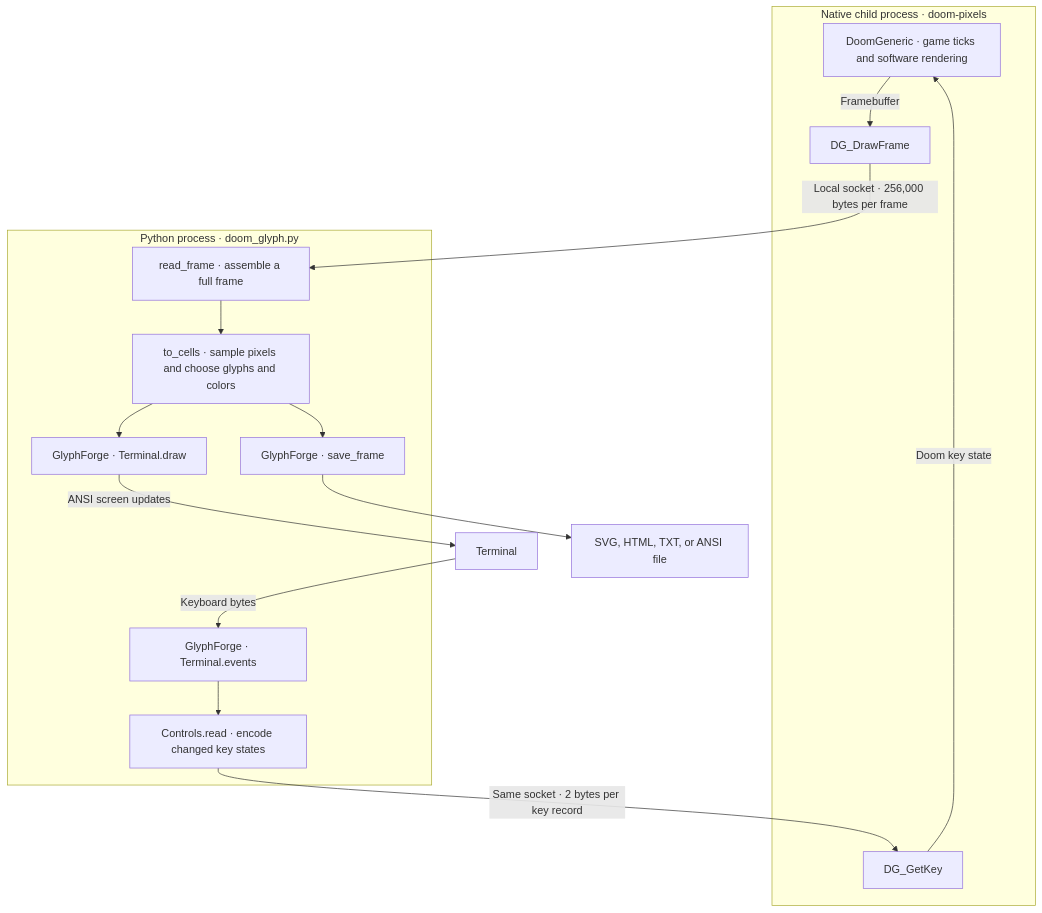
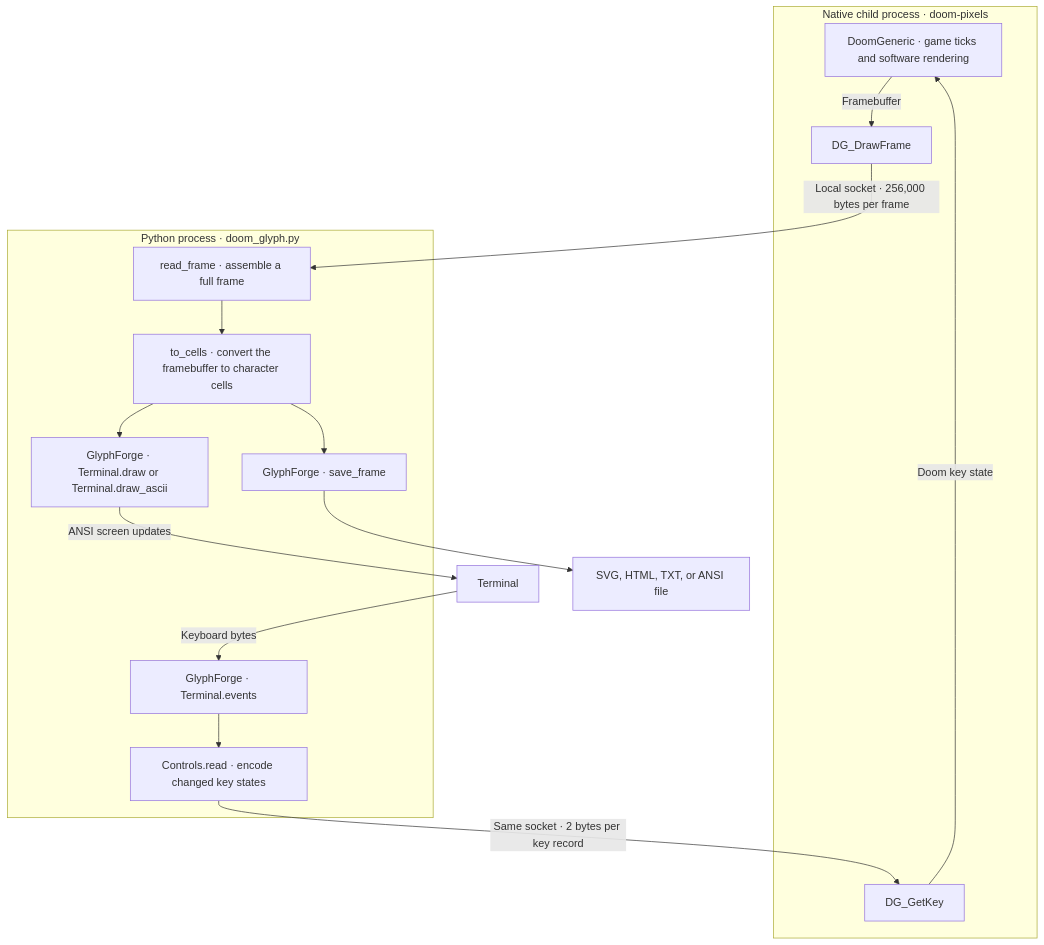
One commit to amirhdolati/glyph-doom changed the diagram in docs/architecture.md. Above: the diagram before and after it, drawn with Mermaid. The commit also changed other lines of this file and 5 other files, not shown here.

Commit message:
feat(render): use GlyphForge for ASCII gameplay

````diff
--- a/docs/architecture.md
+++ b/docs/architecture.md
@@ -7,29 +7,29 @@
 ```mermaid
 flowchart TB
     subgraph CHILD["Native child process · doom-pixels"]
         DOOM["DoomGeneric · game ticks and software rendering"]
         SEND["DG_DrawFrame"]
         POLL["DG_GetKey"]
         DOOM -->|"Framebuffer"| SEND
         POLL -->|"Doom key state"| DOOM
     end
 
     subgraph PARENT["Python process · doom_glyph.py"]
         READ["read_frame · assemble a full frame"]
-        CELLS["to_cells · sample pixels and choose glyphs and colors"]
-        DRAW["GlyphForge · Terminal.draw"]
+        CELLS["to_cells · convert the framebuffer to character cells"]
+        DRAW["GlyphForge · Terminal.draw or Terminal.draw_ascii"]
         INPUT["GlyphForge · Terminal.events"]
         KEYS["Controls.read · encode changed key states"]
         SAVE["GlyphForge · save_frame"]
         READ --> CELLS
         CELLS --> DRAW
         CELLS --> SAVE
         INPUT --> KEYS
     end
 
     SEND -->|"Local socket · 256,000 bytes per frame"| READ
     KEYS -->|"Same socket · 2 bytes per key record"| POLL
     DRAW -->|"ANSI screen updates"| TTY["Terminal"]
     TTY -->|"Keyboard bytes"| INPUT
     SAVE --> FILE["SVG, HTML, TXT, or ANSI file"]
 ```
````
